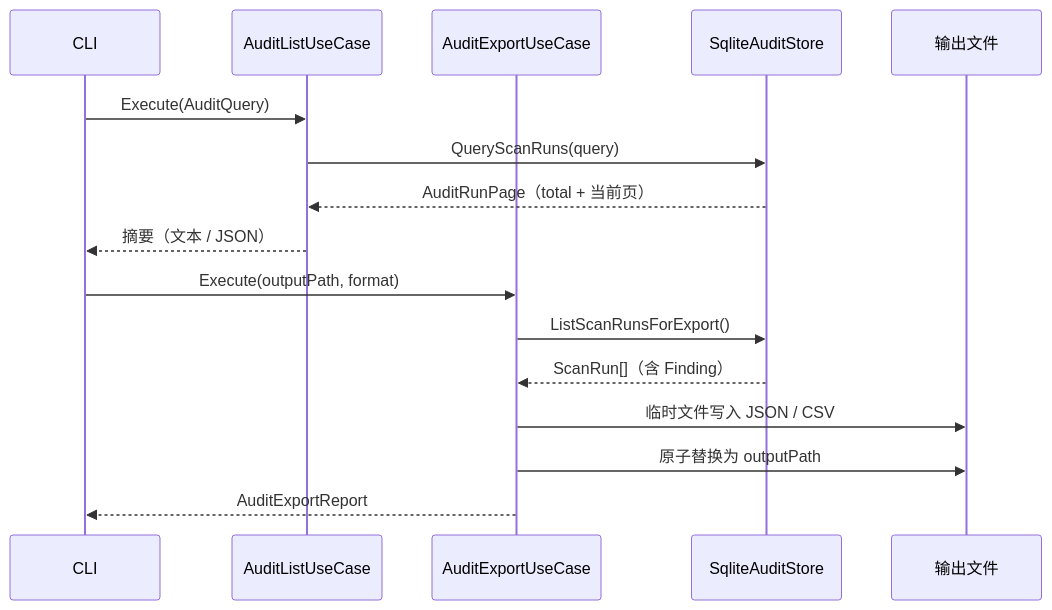
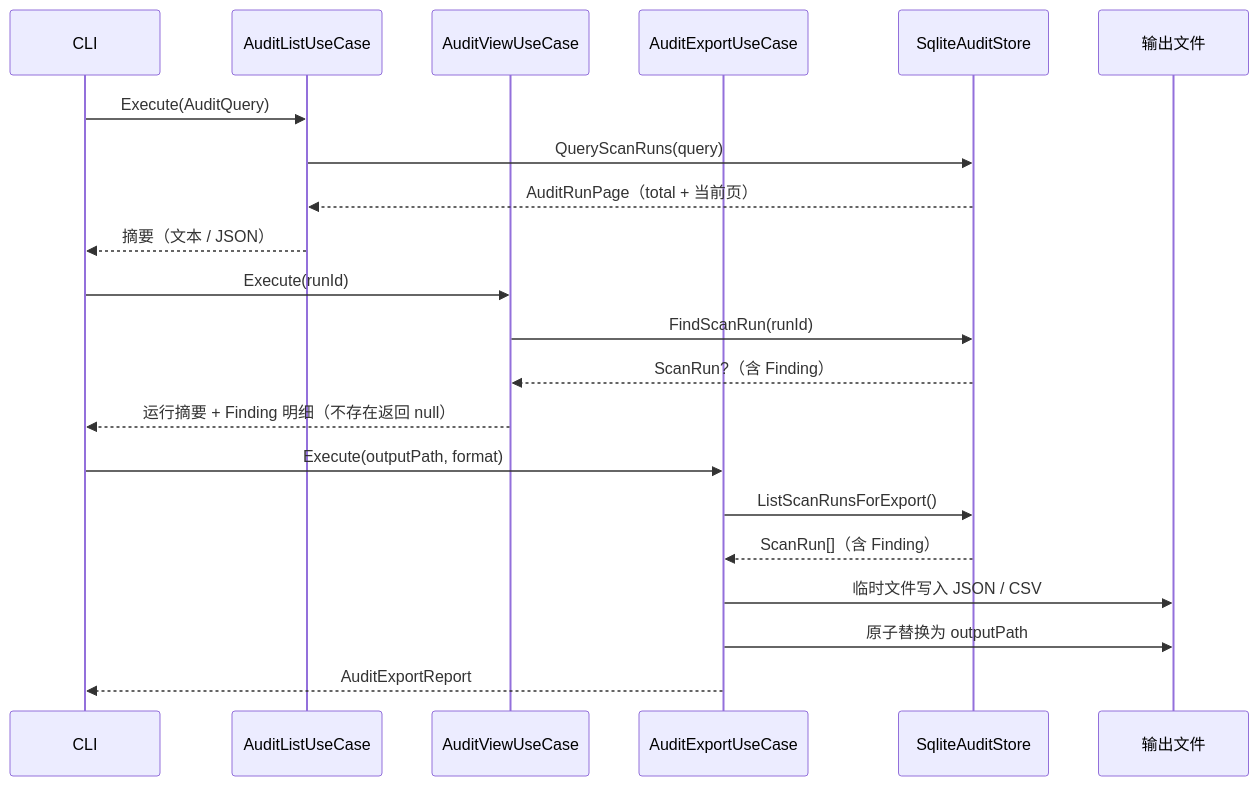
One commit to Camefor/GitGuard changed the fourth of 6 diagrams in docs/模块设计/Audit.md. Above: the diagram before and after it, drawn with Mermaid. The commit also changed other lines of this file and 18 other files, not shown here.

Commit message:
feat(cli): 新增 gitguard audit view 单次运行明细 (GGD-0036)

````diff
--- a/docs/模块设计/Audit.md
+++ b/docs/模块设计/Audit.md
@@ -126,20 +127,26 @@
 ```mermaid
 sequenceDiagram
     participant CLI
     participant List as AuditListUseCase
+    participant View as AuditViewUseCase
     participant Export as AuditExportUseCase
     participant Store as SqliteAuditStore
     participant File as 输出文件
 
     CLI->>List: Execute(AuditQuery)
     List->>Store: QueryScanRuns(query)
     Store-->>List: AuditRunPage（total + 当前页）
     List-->>CLI: 摘要（文本 / JSON）
 
+    CLI->>View: Execute(runId)
+    View->>Store: FindScanRun(runId)
+    Store-->>View: ScanRun?（含 Finding）
+    View-->>CLI: 运行摘要 + Finding 明细（不存在返回 null）
+
     CLI->>Export: Execute(outputPath, format)
     Export->>Store: ListScanRunsForExport()
     Store-->>Export: ScanRun[]（含 Finding）
     Export->>File: 临时文件写入 JSON / CSV
     Export->>File: 原子替换为 outputPath
     Export-->>CLI: AuditExportReport
 ```
````
